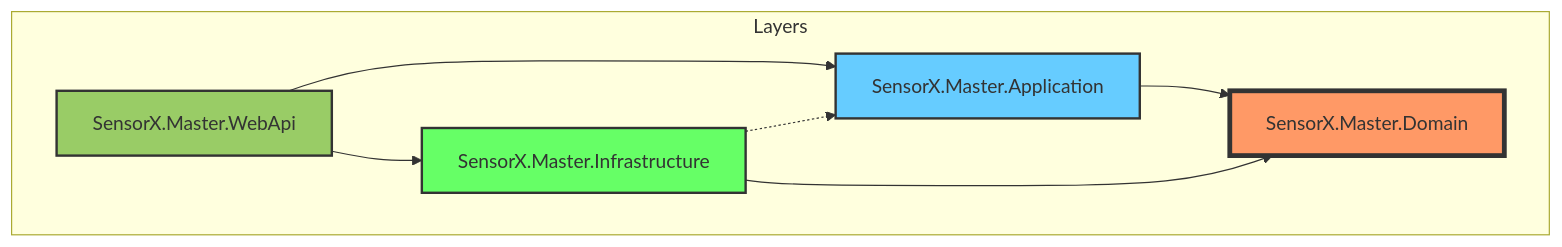
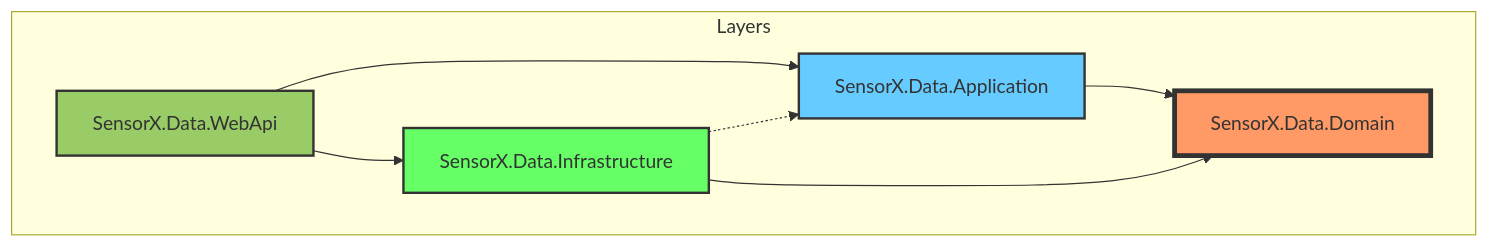
One commit to SensorX-labs/SensorX.Data changed the diagram in README.md. Above: the diagram before and after it, drawn with Mermaid. The commit also changed other lines of this file, not shown here.

````diff
--- a/README.md
+++ b/README.md
@@ -13,20 +13,20 @@
 ```mermaid
 graph TD
     subgraph Layers
-        WebApi[SensorX.Master.WebApi]
-        Infrastructure[SensorX.Master.Infrastructure]
-        Application[SensorX.Master.Application]
-        Domain[SensorX.Master.Domain]
+        WebApi[SensorX.Data.WebApi]
+        Infrastructure[SensorX.Data.Infrastructure]
+        Application[SensorX.Data.Application]
+        Domain[SensorX.Data.Domain]
     end
 
     WebApi --> Application
     WebApi --> Infrastructure
     Infrastructure -.-> Application
     Application --> Domain
     Infrastructure --> Domain
     
     style Domain fill:#f96,stroke:#333,stroke-width:4px
     style Application fill:#6cf,stroke:#333,stroke-width:2px
     style Infrastructure fill:#6f6,stroke:#333,stroke-width:2px
     style WebApi fill:#9c6,stroke:#333,stroke-width:2px
 ```
````
